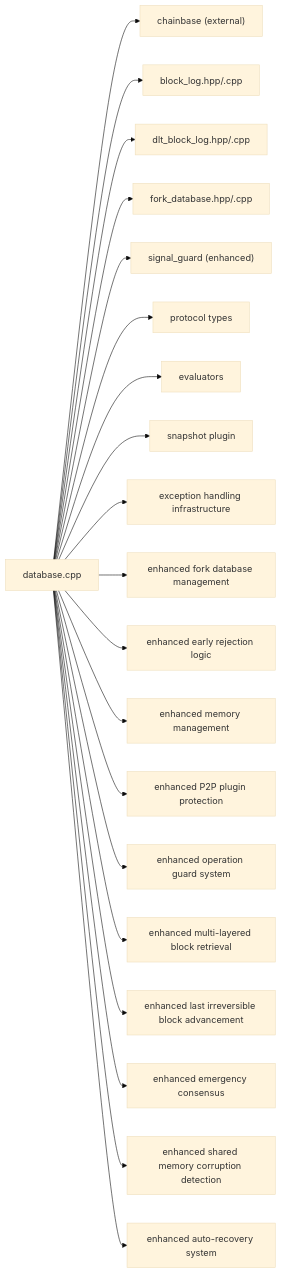
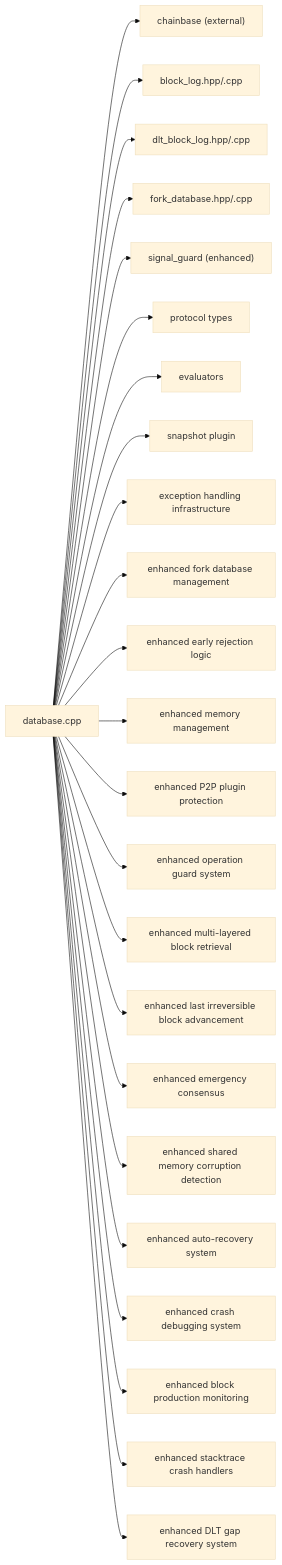
Diagram 29 of 29 in .qoder/repowiki/en/content/Architecture Overview/Core Libraries/Chain Library/Database Management/Database Management.md (VIZ-Blockchain/viz-cpp-node), drawn with Mermaid (base theme) before and after one commit. The commit also changed other lines of this file and 7 other files, not shown here.

First line of the commit message:
feat(dlt_block_log): enhance Windows compatibility and automatic gap recovery

````diff
--- a/.qoder/repowiki/en/content/Architecture Overview/Core Libraries/Chain Library/Database Management/Database Management.md
+++ b/.qoder/repowiki/en/content/Architecture Overview/Core Libraries/Chain Library/Database Management/Database Management.md
@@ -1458,22 +1603,26 @@
 ```mermaid
 graph LR
 DB["database.cpp"] --> CB["chainbase (external)"]
 DB --> BL["block_log.hpp/.cpp"]
 DB --> DLT["dlt_block_log.hpp/.cpp"]
 DB --> FD["fork_database.hpp/.cpp"]
 DB --> SG["signal_guard (enhanced)"]
 DB --> PT["protocol types"]
 DB --> EV["evaluators"]
 DB --> SNAP["snapshot plugin"]
 DB --> EXINF["exception handling infrastructure"]
 DB --> FDMGMT["enhanced fork database management"]
 DB --> EARLY["enhanced early rejection logic"]
 DB --> MEMMGT["enhanced memory management"]
 DB --> P2PSEC["enhanced P2P plugin protection"]
 DB --> OPGUARD["enhanced operation guard system"]
 DB --> MULTILAYER["enhanced multi-layered block retrieval"]
 DB --> LIBADVANCE["enhanced last irreversible block advancement"]
 DB --> EMER["enhanced emergency consensus"]
 DB --> CORRUPTION["enhanced shared memory corruption detection"]
 DB --> AUTORECOVERY["enhanced auto-recovery system"]
+DB --> CRASHDEBUG["enhanced crash debugging system"]
+DB --> BLOCKPROD["enhanced block production monitoring"]
+DB --> STACKTRACE["enhanced stacktrace crash handlers"]
+DB --> DLTGAP["enhanced DLT gap recovery system"]
 ```
````
